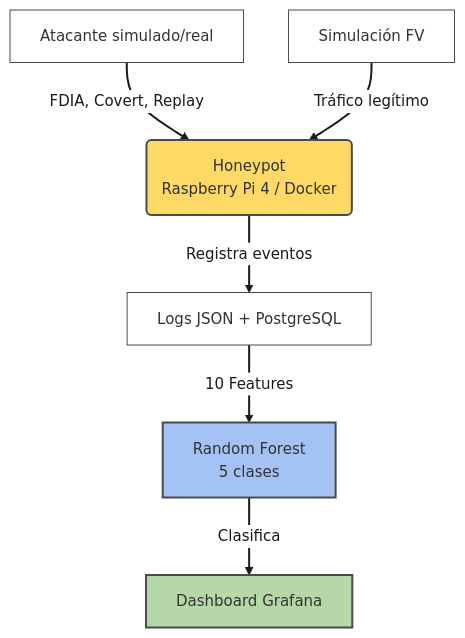
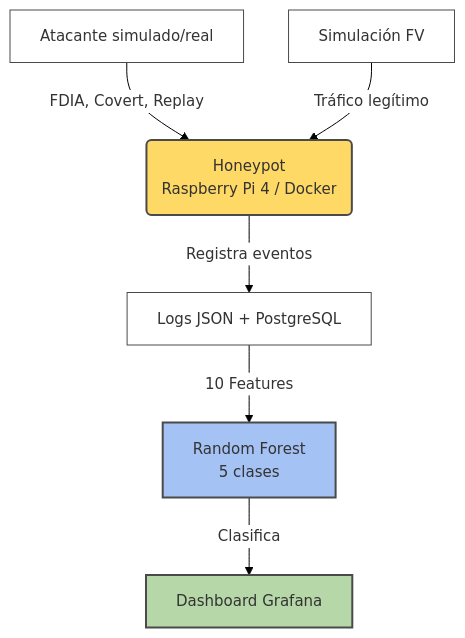
The diagram in docs/Semana1/problema_definido.md (NicolasReyes001/tesis-honeypot-fv-ml), drawn with Mermaid before and after one commit.

Commit message:
correcciones Dia 1 semana 1

````diff
--- a/docs/Semana1/problema_definido.md
+++ b/docs/Semana1/problema_definido.md
@@ -82,36 +82,33 @@
 ```mermaid
 %%{init: {
   'theme': 'base',
   'themeVariables': {
     'fontSize': '15px',
     'primaryColor': '#ffffff',
     'edgeLabelBackground': '#ffffff',
-    'lineColor': '#4a4a4a',
+    'lineColor': '#000000',
     'mainBkg': '#ffffff',
     'nodeBorder': '#4a4a4a',
     'actorBorder': '#4a4a4a',
     'textColor': '#1a1a1a',
-    'arrowheadColor': '#1a1a1a'
+    'arrowheadColor': '#000000'
   },
   'flowchart': {
     'useMaxWidth': true,
     'nodeSpacing': 45,
     'rankSpacing': 55,
     'curve': 'basis'
-  }
+  },
+  'themeCSS': '.edgePath .path { stroke: #000000 !important; stroke-width: 3.5px !important; filter: drop-shadow(0 0 1.5px #ffffff) drop-shadow(0 0 1.5px #ffffff) drop-shadow(0 0 1.5px #ffffff); } .edgePath .arrowheadPath { fill: #000000 !important; stroke: none !important; filter: drop-shadow(0 0 1.5px #ffffff) drop-shadow(0 0 1.5px #ffffff) drop-shadow(0 0 1.5px #ffffff); }'
 }}%%
 graph TD
     A[Atacante simulado/real] -->|FDIA, Covert, Replay| B(Honeypot<br>Raspberry Pi 4 / Docker)
     F[Simulación FV] -->|Tráfico legítimo| B
     B -->|Registra eventos| C[Logs JSON + PostgreSQL]
     C -->|10 Features| D[Random Forest<br>5 clases]
     D -->|Clasifica| E[Dashboard Grafana]
     
     style B fill:#ffd966,stroke:#4a4a4a,stroke-width:2px
     style D fill:#a4c2f4,stroke:#4a4a4a,stroke-width:2px
     style E fill:#b6d7a8,stroke:#4a4a4a,stroke-width:2px
-
-    %% === Flechas con contorno blanco + relleno negro ===
-    linkStyle default stroke:#ffffff, stroke-width: 5px
-    linkStyle default stroke:#1a1a1a, stroke-width:2px, color:#1a1a1a
 ```
````
